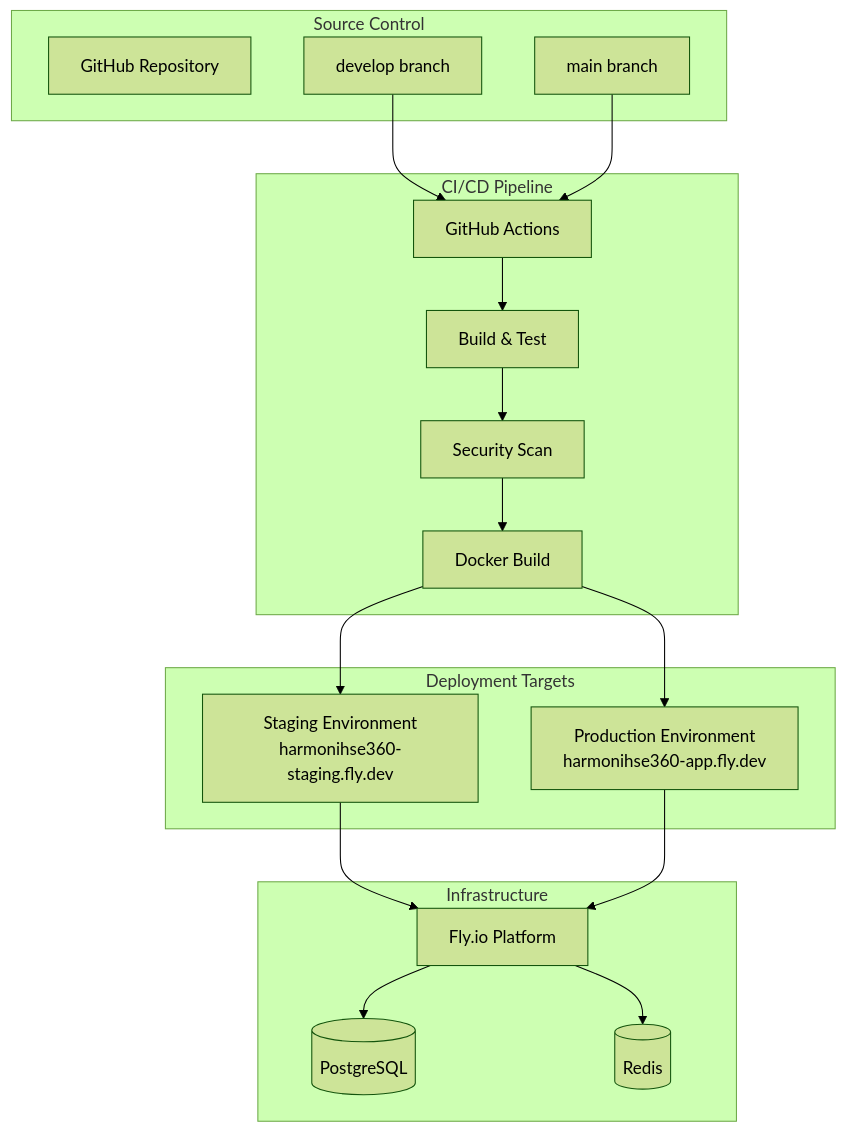
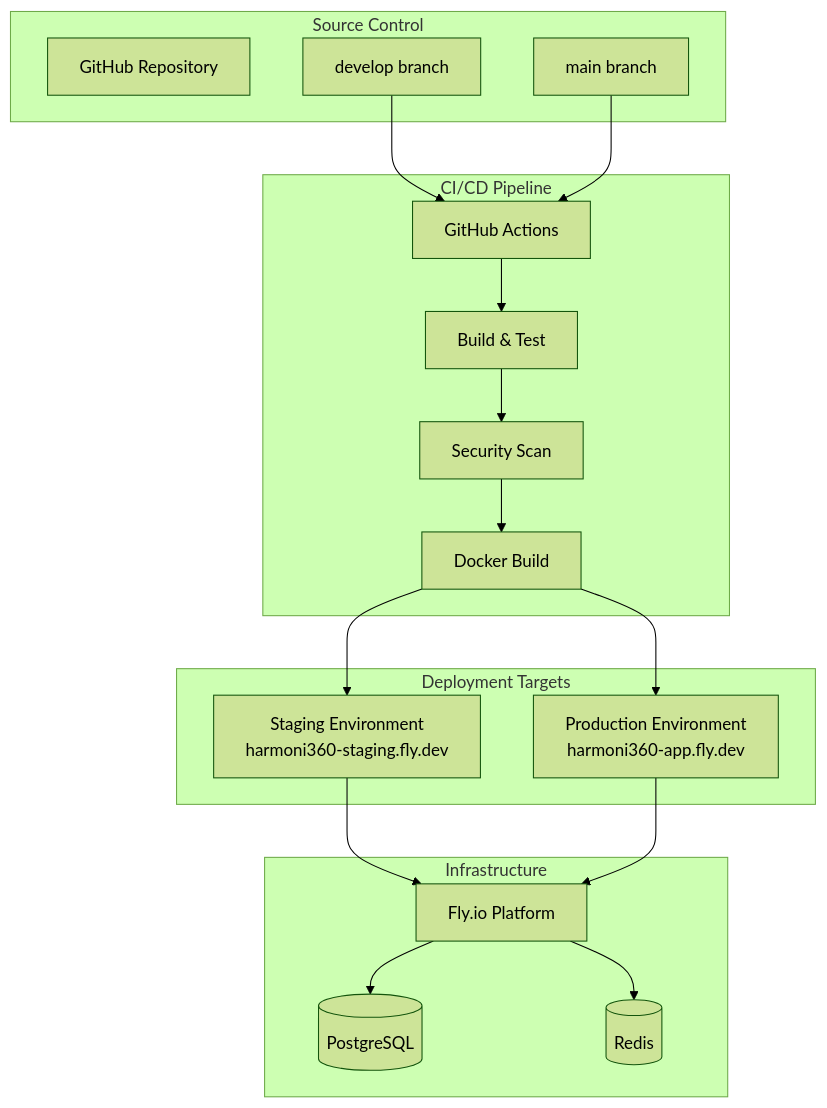
The diagram in docs/Deployment/Deployment_Infrastructure_Summary.md (risky-biz/harmoni-hse-360), drawn with Mermaid (forest theme) before and after one commit. The commit also changed other lines of this file and 842 other files, not shown here.

````diff
--- a/docs/Deployment/Deployment_Infrastructure_Summary.md
+++ b/docs/Deployment/Deployment_Infrastructure_Summary.md
@@ -92,38 +92,38 @@
 ```mermaid
 graph TB
     subgraph "Source Control"
         REPO[GitHub Repository]
         MAIN[main branch]
         DEV[develop branch]
     end
     
     subgraph "CI/CD Pipeline"
         ACTIONS[GitHub Actions]
         BUILD[Build & Test]
         SECURITY[Security Scan]
         DOCKER[Docker Build]
     end
     
     subgraph "Deployment Targets"
-        STAGING[Staging Environment<br/>harmonihse360-staging.fly.dev]
-        PRODUCTION[Production Environment<br/>harmonihse360-app.fly.dev]
+        STAGING[Staging Environment<br/>harmoni360-staging.fly.dev]
+        PRODUCTION[Production Environment<br/>harmoni360-app.fly.dev]
     end
     
     subgraph "Infrastructure"
         FLYIO[Fly.io Platform]
         POSTGRES[(PostgreSQL)]
         REDIS[(Redis)]
     end
     
     DEV --> ACTIONS
     MAIN --> ACTIONS
     ACTIONS --> BUILD
     BUILD --> SECURITY
     SECURITY --> DOCKER
     DOCKER --> STAGING
     DOCKER --> PRODUCTION
     STAGING --> FLYIO
     PRODUCTION --> FLYIO
     FLYIO --> POSTGRES
     FLYIO --> REDIS
 ```
````
